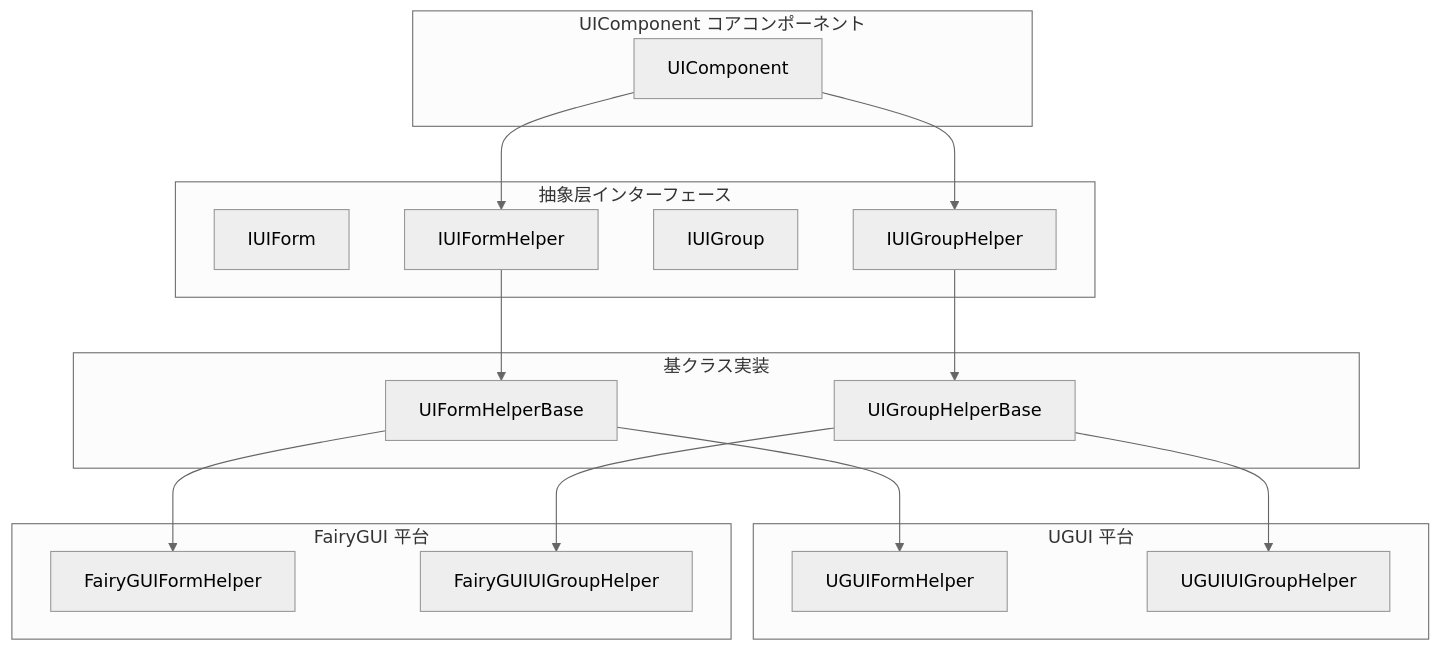
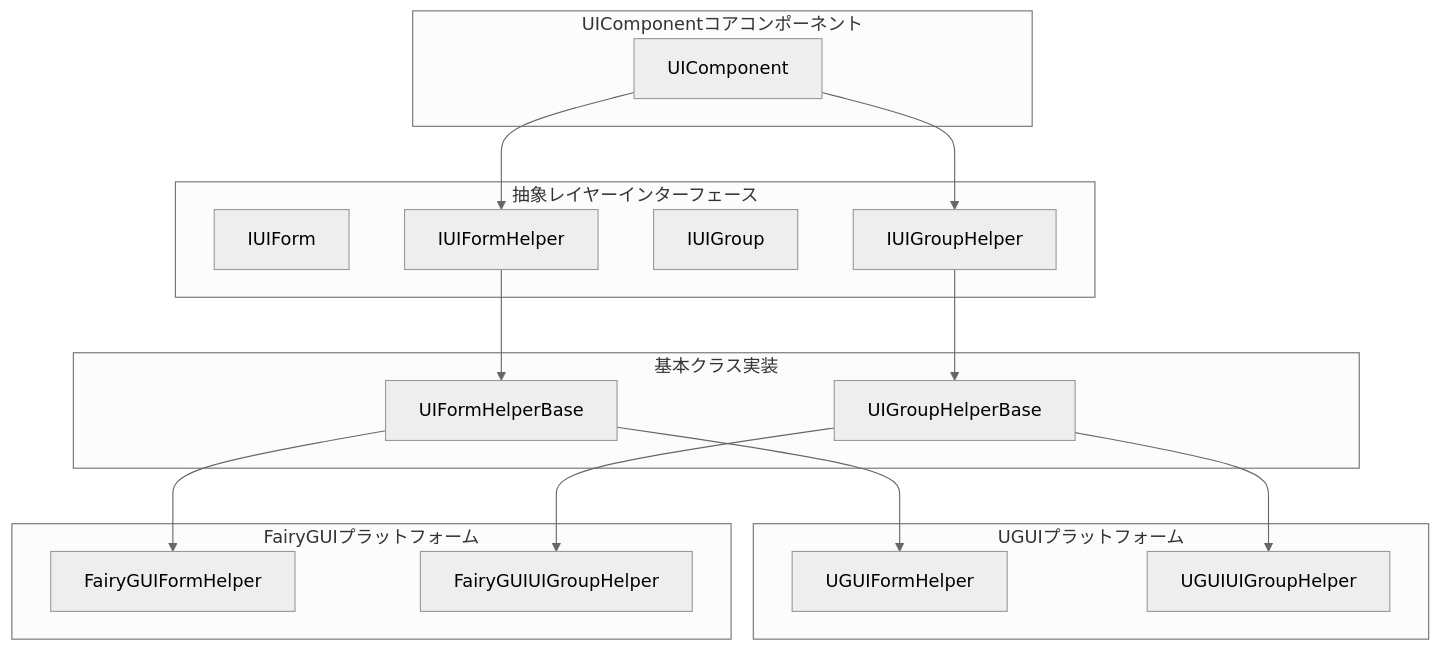
One commit to AlianBlank/GameFrameX.Docs changed the first of 2 diagrams in docs/ja/client/unity/component/ui/16.platforms.md. Above: the diagram before and after it, drawn with Mermaid (neutral theme). The commit also changed other lines of this file and 320 other files, not shown here.

````diff
--- a/docs/ja/client/unity/component/ui/16.platforms.md
+++ b/docs/ja/client/unity/component/ui/16.platforms.md
@@ -18,37 +18,37 @@
 ```mermaid
 graph TB
-    subgraph UIComponent["UIComponent コアコンポーネント"]
+    subgraph UIComponent["UIComponentコアコンポーネント"]
         UIComp[UIComponent]
     end
 
-    subgraph AbstractLayer["抽象层インターフェース"]
+    subgraph AbstractLayer["抽象レイヤーインターフェース"]
         IUF[IUIForm]
         IUFH[IUIFormHelper]
         IUG[IUIGroup]
         IUGH[IUIGroupHelper]
     end
 
-    subgraph BaseClass["基クラス実装"]
+    subgraph BaseClass["基本クラス実装"]
         UFHB[UIFormHelperBase]
         UGHB[UIGroupHelperBase]
     end
 
-    subgraph UGUI["UGUI 平台"]
+    subgraph UGUI["UGUIプラットフォーム"]
         UGUIF[UGUIFormHelper]
         UGUIG[UGUIUIGroupHelper]
     end
 
-    subgraph FairyGUI["FairyGUI 平台"]
+    subgraph FairyGUI["FairyGUIプラットフォーム"]
         FGIF[FairyGUIFormHelper]
         FGIG[FairyGUIUIGroupHelper]
     end
 
     UIComp --> IUFH
     UIComp --> IUGH
     IUFH --> UFHB
     IUGH --> UGHB
     UFHB --> UGUIF
     UFHB --> FGIF
     UGHB --> UGUIG
     UGHB --> FGIG
 ```
````
